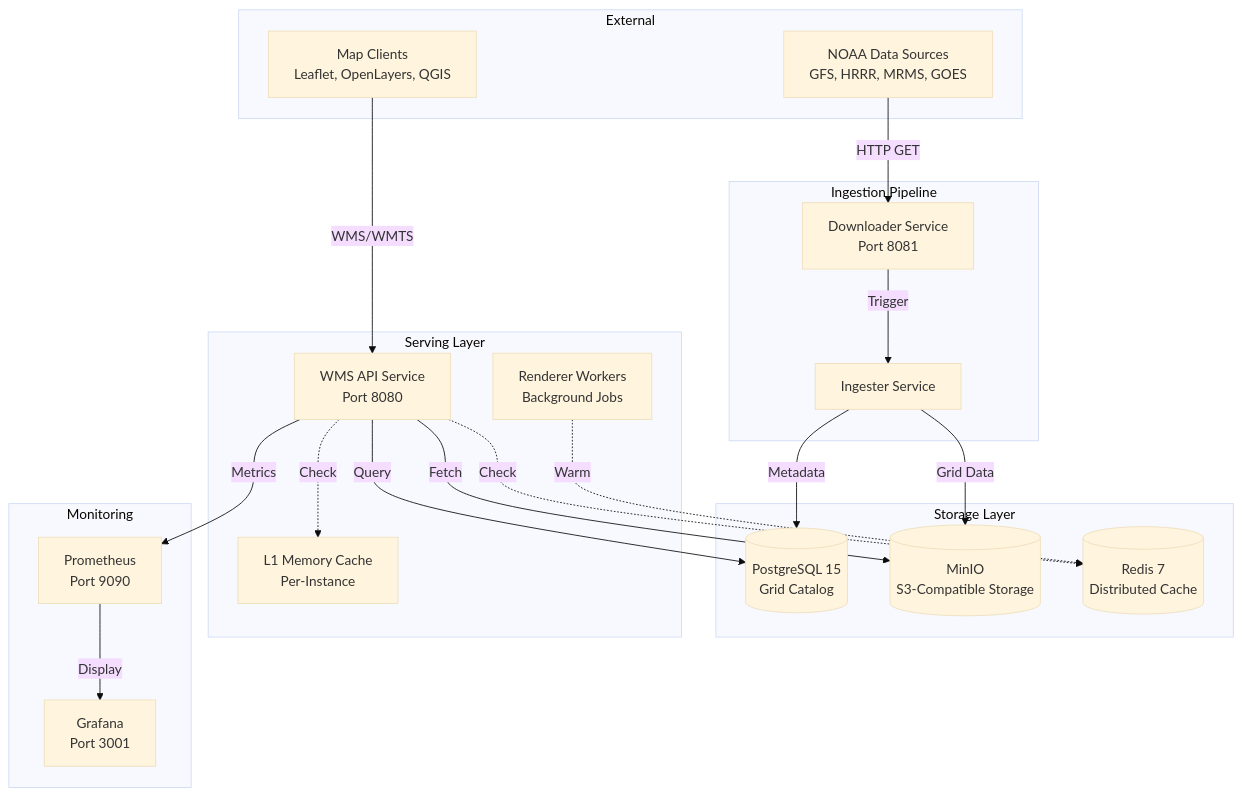
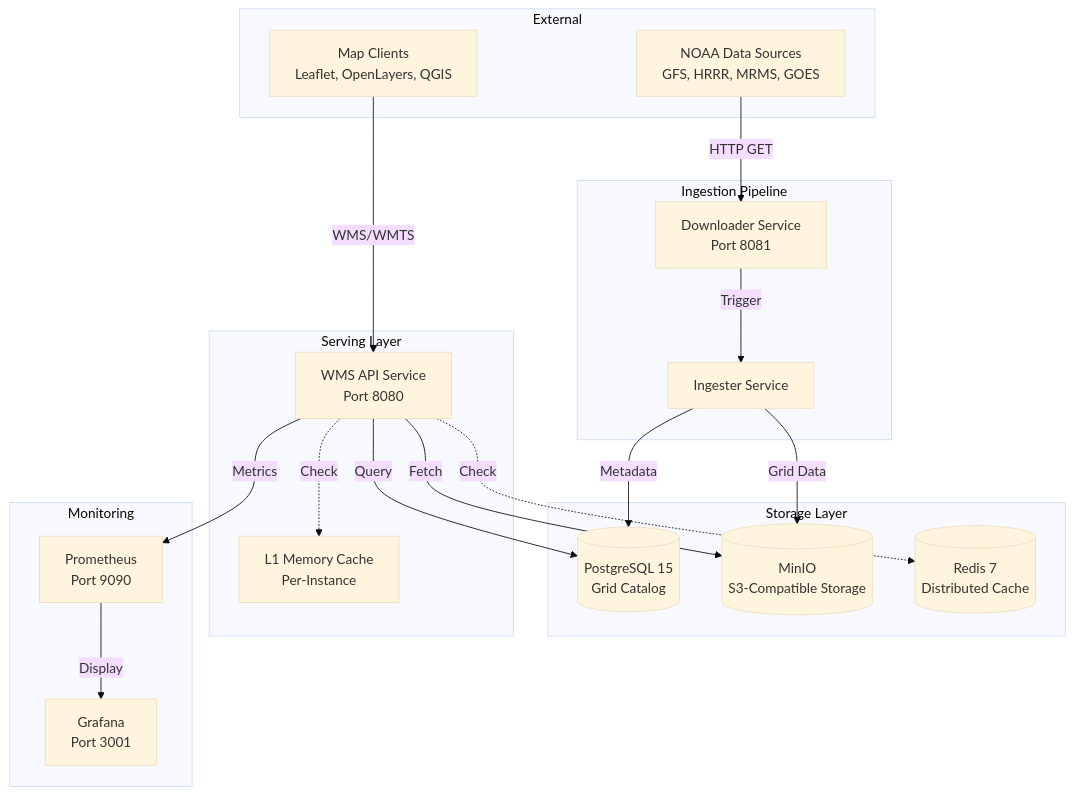
The first of 3 diagrams in docs/src/architecture/system-design.md (JoegottabeGitenme/JoeGCServices), drawn with Mermaid (base theme) before and after one commit. The commit also changed other lines of this file and 4 other files, not shown here.

````diff
--- a/docs/src/architecture/system-design.md
+++ b/docs/src/architecture/system-design.md
@@ -7,56 +7,52 @@
 ```mermaid
 graph TB
     subgraph External
         NOAA["NOAA Data Sources
         GFS, HRRR, MRMS, GOES"]
         Client["Map Clients
         Leaflet, OpenLayers, QGIS"]
     end
     
     subgraph Ingestion["Ingestion Pipeline"]
         DL["Downloader Service
         Port 8081"]
         ING["Ingester Service"]
     end
     
     subgraph Storage["Storage Layer"]
         PG[("PostgreSQL 15
         Grid Catalog")]
         MINIO[("MinIO
         S3-Compatible Storage")]
         REDIS[("Redis 7
         Distributed Cache")]
     end
     
     subgraph Serving["Serving Layer"]
         API["WMS API Service
         Port 8080"]
         L1["L1 Memory Cache
         Per-Instance"]
-        WORKER["Renderer Workers
-        Background Jobs"]
     end
     
     subgraph Monitoring
         PROM["Prometheus
         Port 9090"]
         GRAF["Grafana
         Port 3001"]
     end
     
     NOAA -->|HTTP GET| DL
     DL -->|Trigger| ING
     ING -->|Metadata| PG
     ING -->|Grid Data| MINIO
     
     Client -->|WMS/WMTS| API
     API -.->|Check| L1
     API -.->|Check| REDIS
     API -->|Query| PG
     API -->|Fetch| MINIO
     
-    WORKER -.->|Warm| REDIS
-    
     API -->|Metrics| PROM
     PROM -->|Display| GRAF
 ```
````
